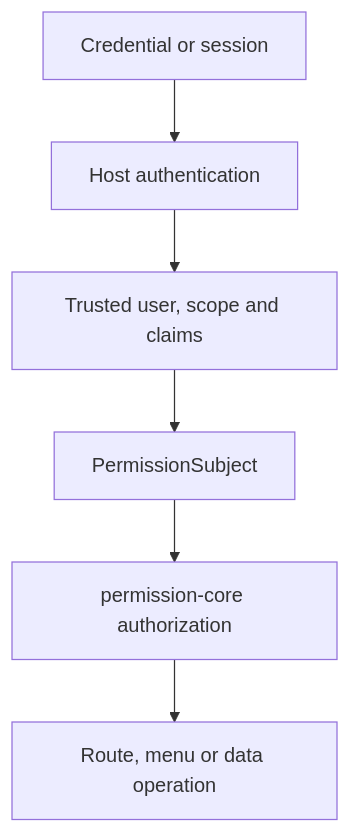
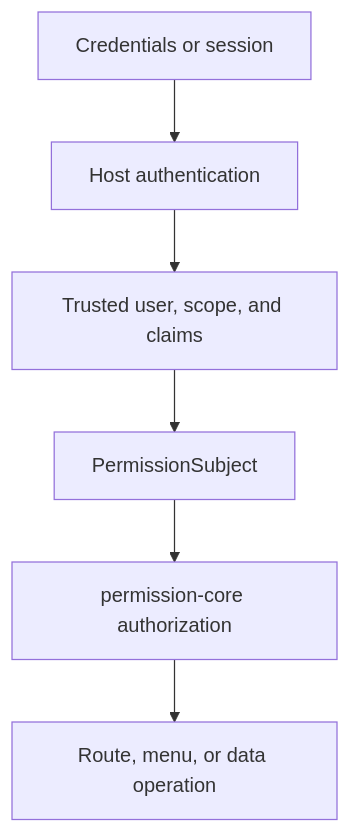
One commit to vextjs/permission-core changed the diagram in website/docs/guide/authentication-boundary.md. Above: the diagram before and after it, drawn with Mermaid. The commit also changed other lines of this file and 39 other files, not shown here.

````diff
--- a/website/docs/guide/authentication-boundary.md
+++ b/website/docs/guide/authentication-boundary.md
@@ -7,10 +10,10 @@
 ```mermaid
 flowchart TD
   accTitle: Authentication and authorization boundary
   accDescr: The host authenticates credentials and supplies trusted identity, scope, and claims before permission-core authorizes a route, menu, or data operation.
-  A["Credential or session"] --> B["Host authentication"]
-  B --> C["Trusted user, scope and claims"]
+  A["Credentials or session"] --> B["Host authentication"]
+  B --> C["Trusted user, scope, and claims"]
   C --> D["PermissionSubject"]
   D --> E["permission-core authorization"]
-  E --> F["Route, menu or data operation"]
+  E --> F["Route, menu, or data operation"]
 ```
````
